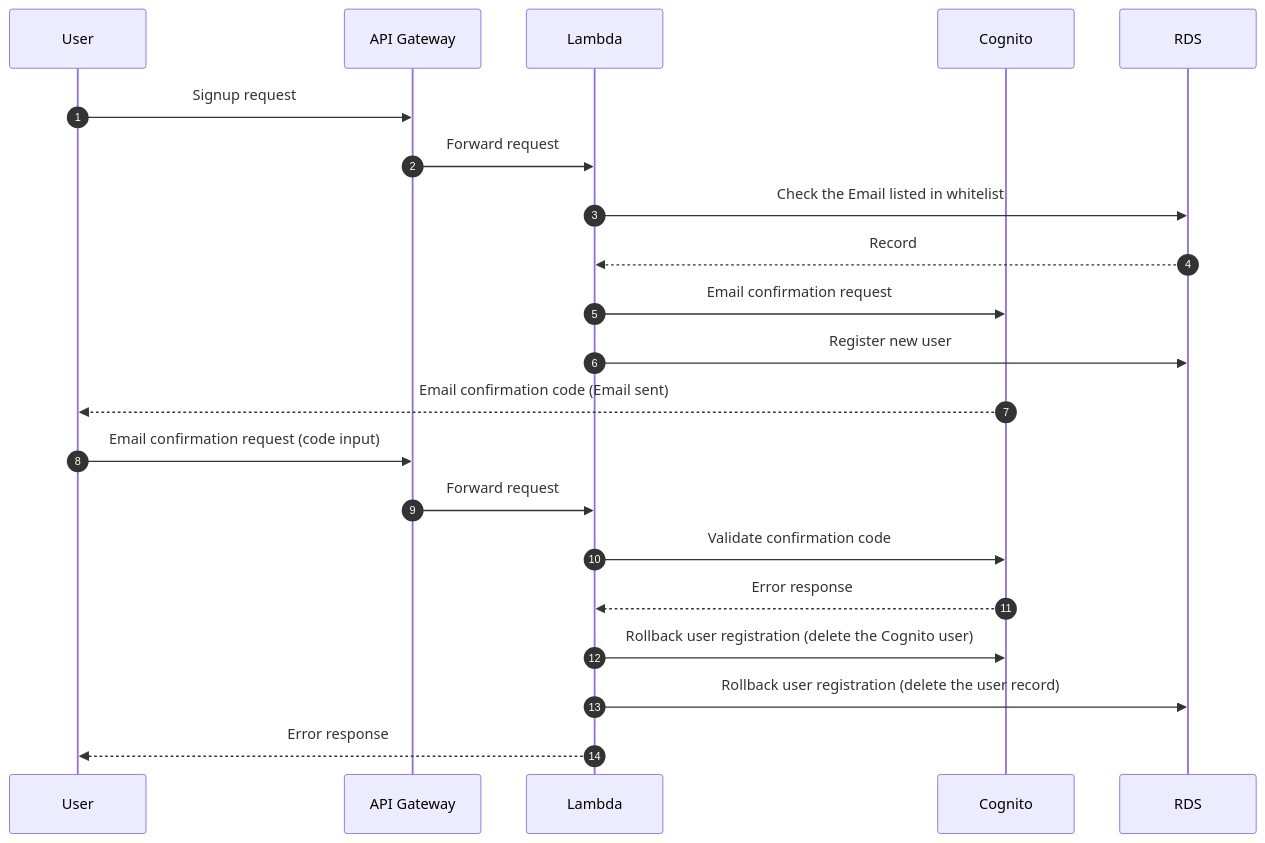
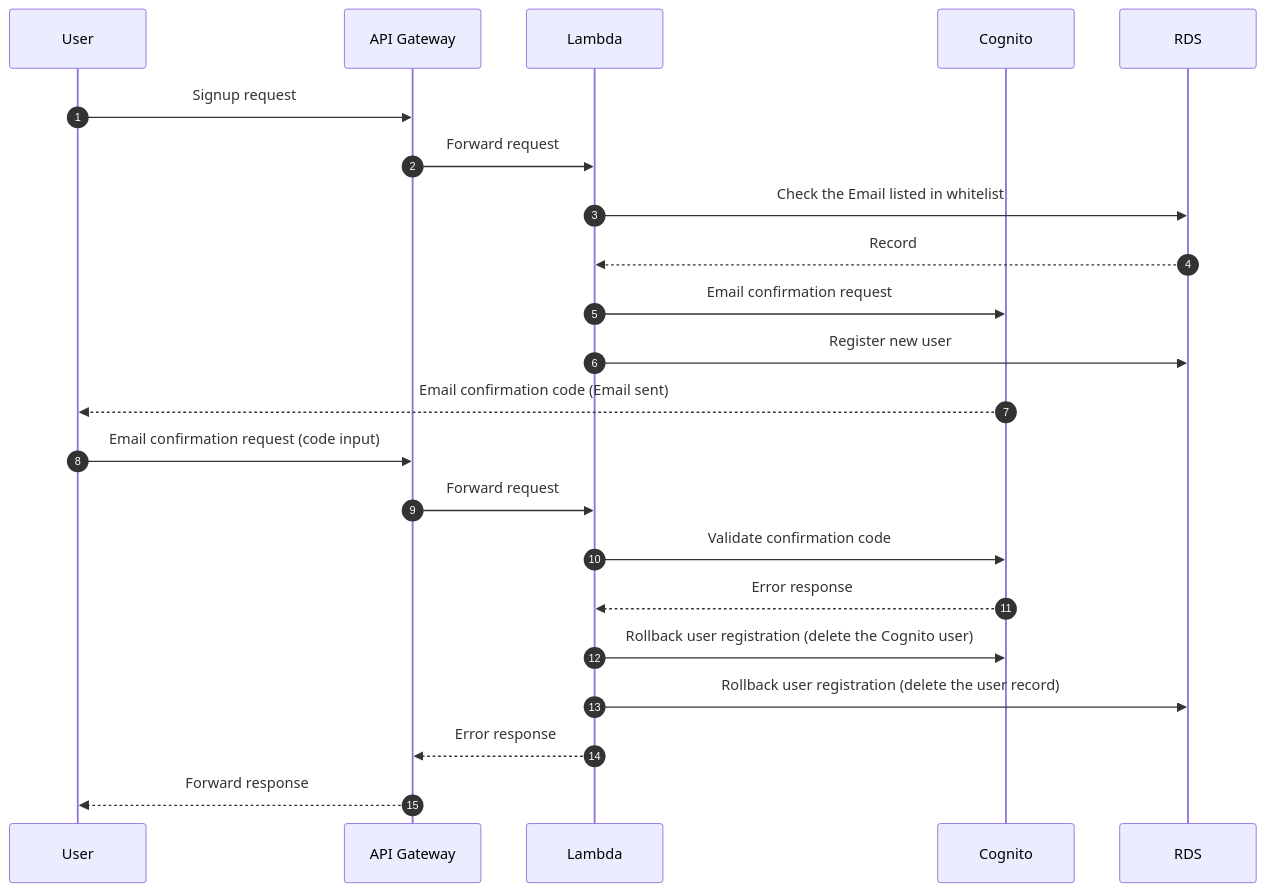
Before and after one commit to oqtopus-team/oqtopus-cloud: the third of 6 diagrams in docs/en/architecture/frontend_signup_signin_flow.md, drawn with Mermaid. The commit also changed other lines of this file and 25 other files, not shown here.

````diff
--- a/docs/en/architecture/frontend_signup_signin_flow.md
+++ b/docs/en/architecture/frontend_signup_signin_flow.md
@@ -59,24 +60,25 @@
 ```mermaid
 sequenceDiagram
     autonumber
     participant U as User
     participant AG as API Gateway
     participant L as Lambda
     participant C as Cognito
     participant DB as RDS
 
     U->>AG: Signup request
     AG->>L: Forward request
     L->>DB: Check the Email listed in whitelist
     DB-->>L: Record
     L->>C: Email confirmation request
     L->>DB: Register new user
     C-->>U: Email confirmation code (Email sent)
     U->>AG: Email confirmation request (code input)
     AG->>L: Forward request
     L->>C: Validate confirmation code
     C-->>L: Error response
     L->>C: Rollback user registration (delete the Cognito user)
     L->>DB: Rollback user registration (delete the user record)
-    L-->>U: Error response
+    L-->>AG: Error response
+    AG-->>U: Forward response
 ```
````
